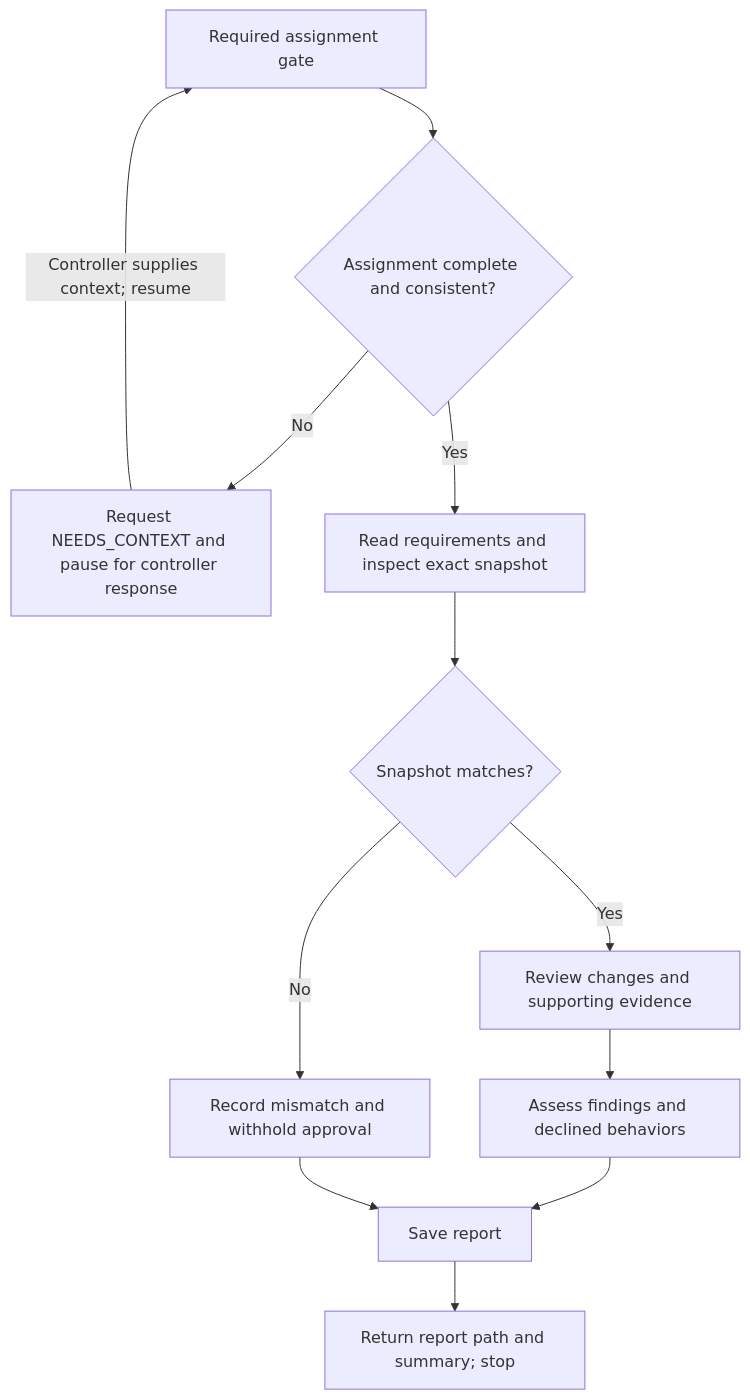
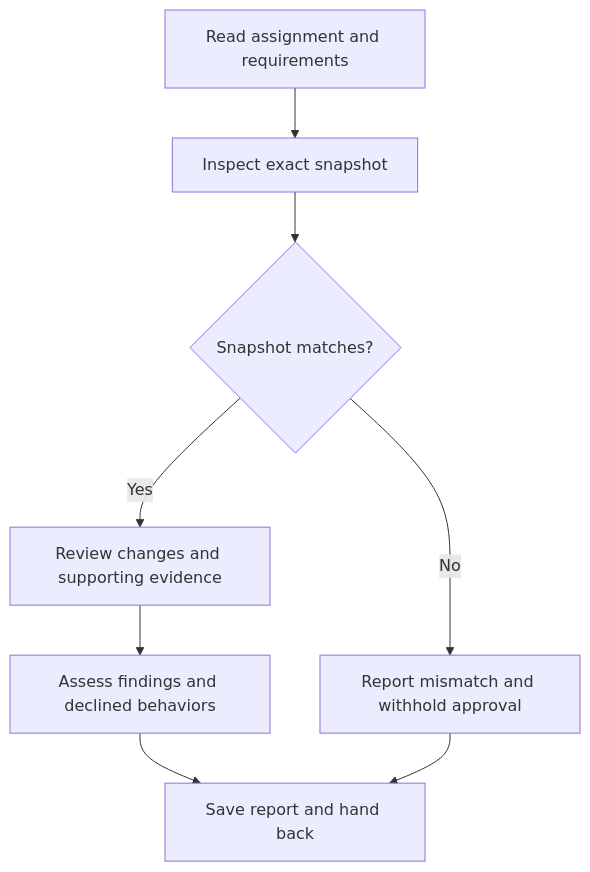
One commit to UseTheFork/spindle changed the diagram in .github/agents/sdd-code-reviewer.agent.md. Above: the diagram before and after it, drawn with Mermaid. The commit also changed other lines of this file and 25 other files, not shown here.

````diff
--- a/.github/agents/sdd-code-reviewer.agent.md
+++ b/.github/agents/sdd-code-reviewer.agent.md
@@ -20,14 +42,10 @@
 ```mermaid
 flowchart TD
-    A[Required assignment gate] --> B{Assignment complete and consistent?}
-    B -- No --> C[Request NEEDS_CONTEXT and pause for controller response]
-    C -- Controller supplies context; resume --> A
-    B -- Yes --> D[Read requirements and inspect exact snapshot]
-    D --> E{Snapshot matches?}
-    E -- No --> F[Record mismatch and withhold approval]
-    E -- Yes --> G[Review changes and supporting evidence]
-    G --> H[Assess findings and declined behaviors]
-    H --> I[Save report]
-    F --> I
-    I --> J[Return report path and summary; stop]
+    A[Read assignment and requirements] --> B[Inspect exact snapshot]
+    B --> C{Snapshot matches?}
+    C -- No --> D[Report mismatch and withhold approval]
+    C -- Yes --> E[Review changes and supporting evidence]
+    E --> F[Assess findings and declined behaviors]
+    F --> G[Save report and hand back]
+    D --> G
 ```
````
